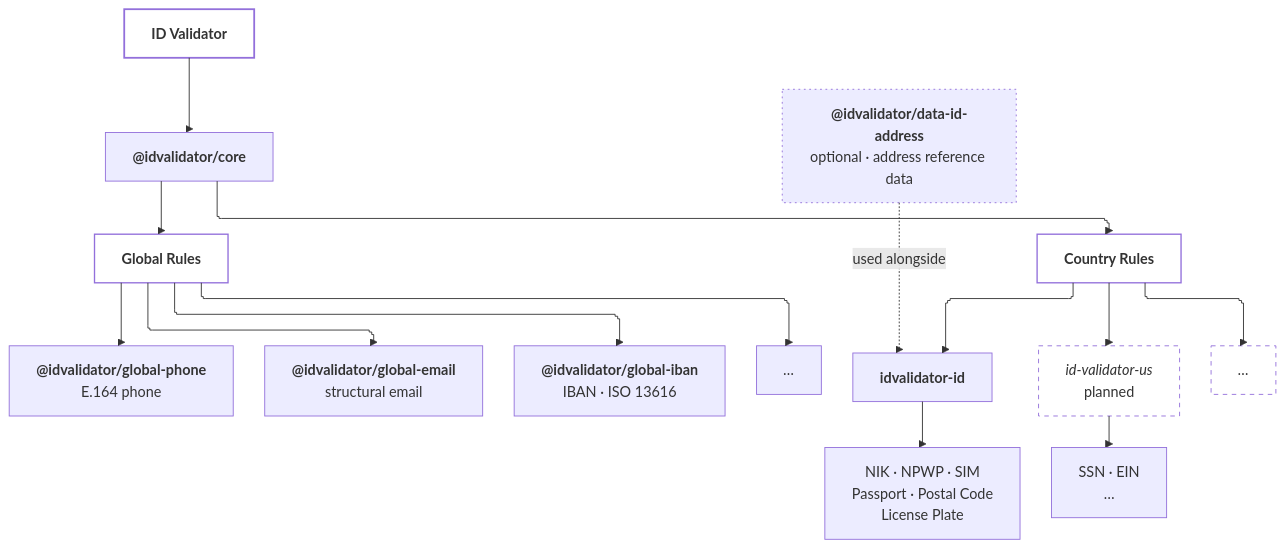
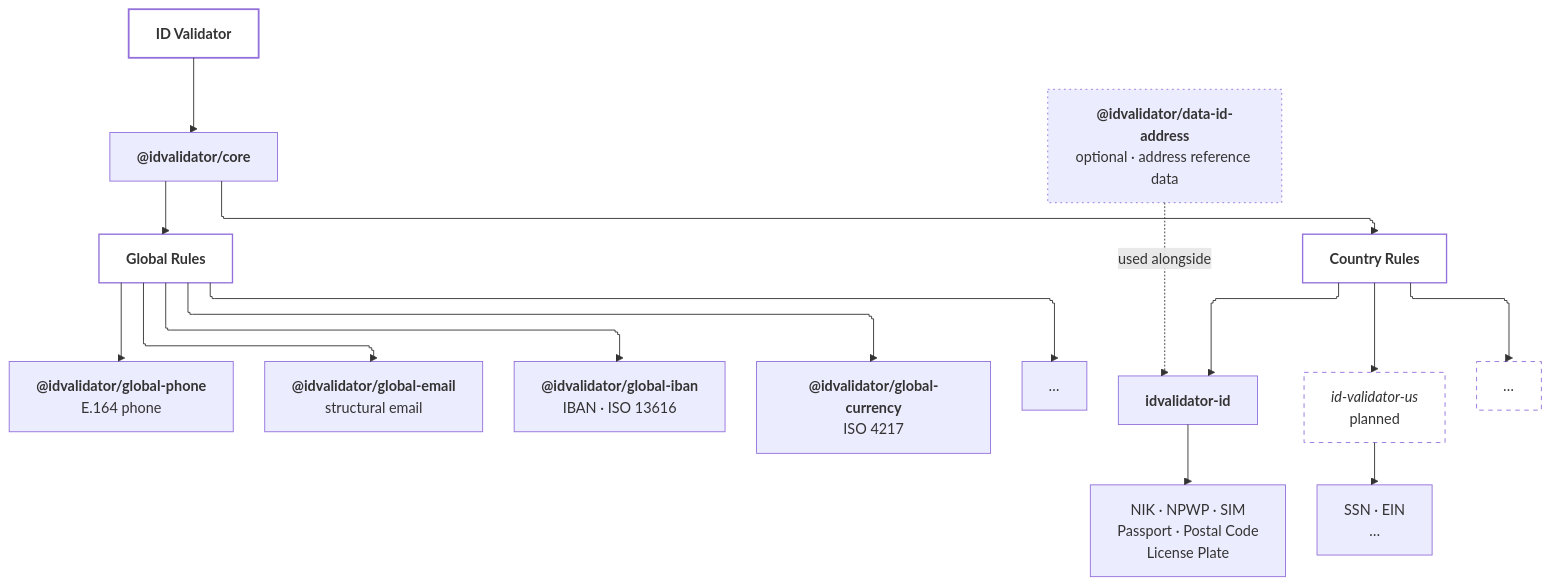
Before and after one commit to BaimPriyatna/id-validator: the diagram in README.md, drawn with Mermaid. The commit also changed other lines of this file and 12 other files, not shown here.

First line of the commit message:
feat(currency): add @idvalidator/global-currency (ISO 4217)

````diff
--- a/README.md
+++ b/README.md
@@ -129,51 +129,53 @@
 ```mermaid
 %%{init: {"layout": "elk", "flowchart": {"curve": "stepBefore"}}}%%
 flowchart TD
     ROOT["<b>ID Validator</b>"]
     CORE["<b>@idvalidator/core</b>"]
 
     GLOBAL["<b>Global Rules</b>"]
     COUNTRY["<b>Country Rules</b>"]
 
     PHONE["<b>@idvalidator/global-phone</b><br/>E.164 phone"]
     EMAIL["<b>@idvalidator/global-email</b><br/>structural email"]
     IBAN["<b>@idvalidator/global-iban</b><br/>IBAN · ISO 13616"]
+    CURRENCY["<b>@idvalidator/global-currency</b><br/>ISO 4217"]
     GLOBAL_MORE["<i>…</i>"]
 
     ID["<b>idvalidator-id</b>"]
     US["<i>id-validator-us</i><br/>planned"]
     COUNTRY_MORE["<i>…</i>"]
 
     ID_RULES["NIK · NPWP · SIM<br/>Passport · Postal Code<br/>License Plate"]
     US_RULES["SSN · EIN<br/>…"]
 
     ADDR["<b>@idvalidator/data-id-address</b><br/>optional · address reference data"]
 
     ROOT --> CORE
     CORE --> GLOBAL
     CORE --> COUNTRY
 
     GLOBAL --> PHONE
     GLOBAL --> EMAIL
     GLOBAL --> IBAN
+    GLOBAL --> CURRENCY
     GLOBAL --> GLOBAL_MORE
 
     COUNTRY --> ID
     COUNTRY --> US
     COUNTRY --> COUNTRY_MORE
 
     ID --> ID_RULES
     US --> US_RULES
 
     ADDR -. "used alongside" .-> ID
 
     classDef root fill:none,stroke-width:2px;
     classDef category fill:none,stroke-width:1.5px;
     classDef planned stroke-dasharray:5 5,fill:none;
     classDef optional stroke-dasharray:2 4;
 
     class ROOT root;
     class GLOBAL,COUNTRY category;
     class US,COUNTRY_MORE planned;
     class ADDR optional;
 ```
````
